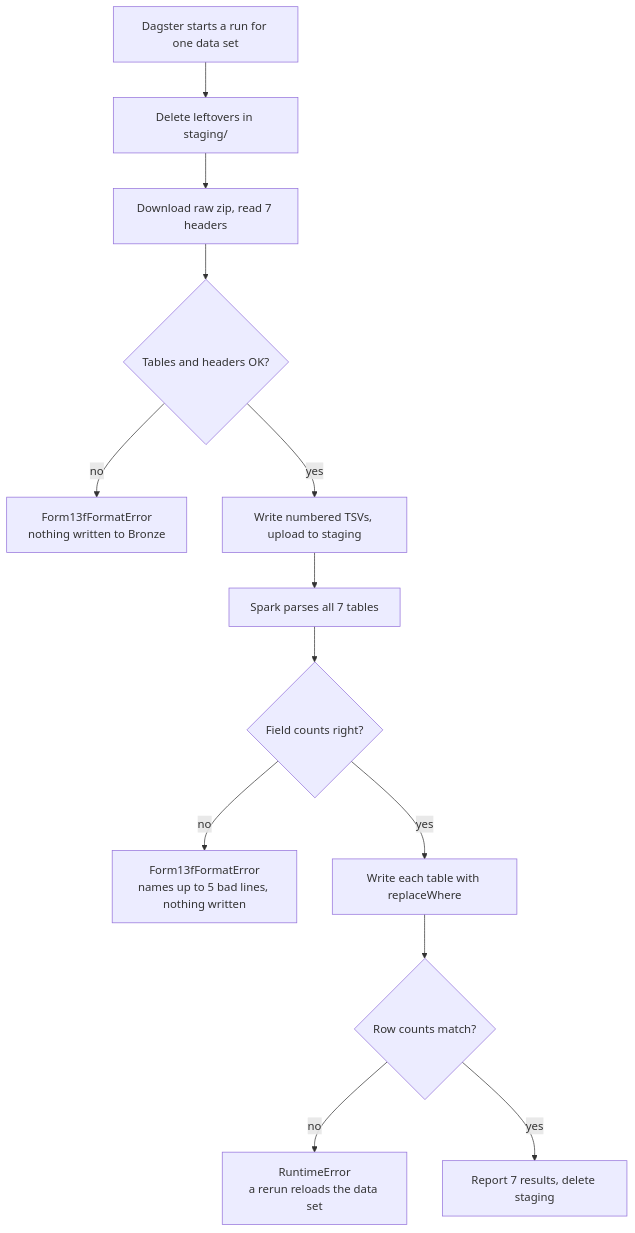
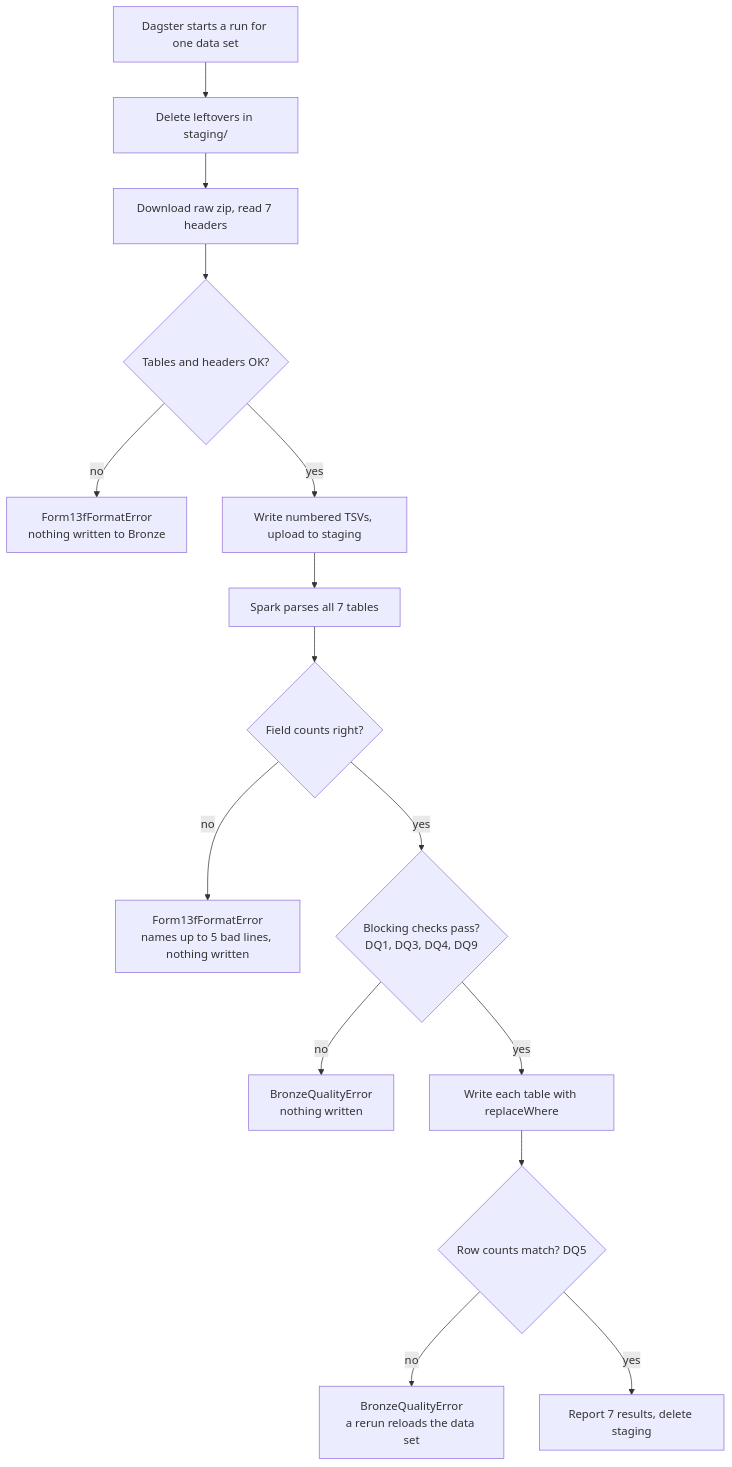
One commit to hoanghaithanh/sec-holdings-lakehouse changed the second of 3 diagrams in docs/guides/form13f-bronze-walkthrough.md. Above: the diagram before and after it, drawn with Mermaid. The commit also changed other lines of this file and 9 other files, not shown here.

First line of the commit message:
feat: add Bronze data quality checks DQ1-DQ9 and the backfill job

````diff
--- a/docs/guides/form13f-bronze-walkthrough.md
+++ b/docs/guides/form13f-bronze-walkthrough.md
@@ -100,15 +100,17 @@
 ```mermaid
 flowchart TD
     start[Dagster starts a run for one data set] --> clean["Delete leftovers in staging/"]
     clean --> download[Download raw zip, read 7 headers]
     download --> headers{Tables and headers OK?}
     headers -- no --> fail1[Form13fFormatError<br/>nothing written to Bronze]
     headers -- yes --> stage[Write numbered TSVs, upload to staging]
     stage --> parse[Spark parses all 7 tables]
     parse --> fields{Field counts right?}
     fields -- no --> fail2[Form13fFormatError<br/>names up to 5 bad lines, nothing written]
-    fields -- yes --> write[Write each table with replaceWhere]
-    write --> counts{Row counts match?}
-    counts -- no --> fail3[RuntimeError<br/>a rerun reloads the data set]
+    fields -- yes --> dq{Blocking checks pass?<br/>DQ1, DQ3, DQ4, DQ9}
+    dq -- no --> fail4[BronzeQualityError<br/>nothing written]
+    dq -- yes --> write[Write each table with replaceWhere]
+    write --> counts{Row counts match? DQ5}
+    counts -- no --> fail3[BronzeQualityError<br/>a rerun reloads the data set]
     counts -- yes --> done[Report 7 results, delete staging]
 ```
````
